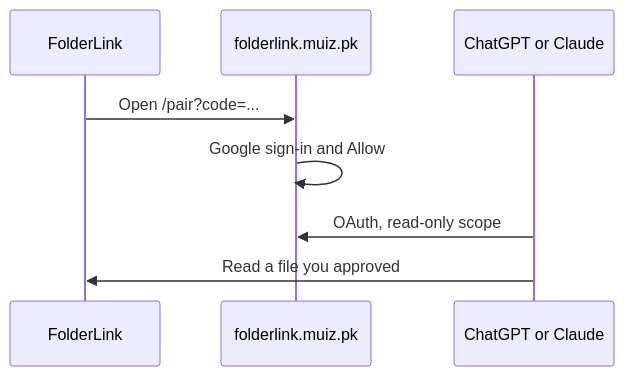
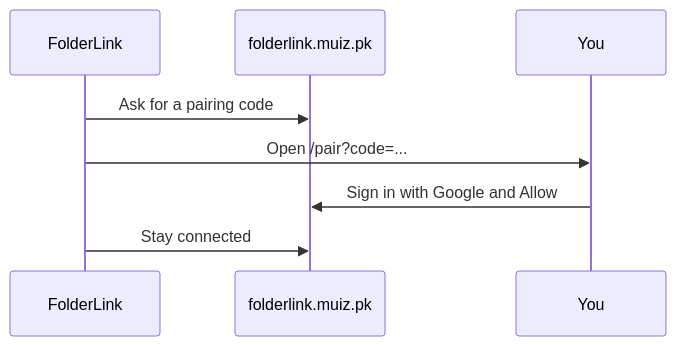
Before and after one commit to mmuizahmed/folderlink: the second of 3 diagrams in README.md, drawn with Mermaid. The commit also changed other lines of this file and 1 other file, not shown here.

First line of the commit message:
docs: split pairing and read into their own diagrams

````diff
--- a/README.md
+++ b/README.md
@@ -77,10 +77,10 @@
 ```mermaid
 sequenceDiagram
   participant App as FolderLink
   participant Site as folderlink.muiz.pk
-  participant AI as ChatGPT or Claude
-  App->>Site: Open /pair?code=...
-  Site->>Site: Google sign-in and Allow
-  AI->>Site: OAuth, read-only scope
-  AI->>App: Read a file you approved
+  participant You
+  App->>Site: Ask for a pairing code
+  App->>You: Open /pair?code=...
+  You->>Site: Sign in with Google and Allow
+  App->>Site: Stay connected
 ```
````
